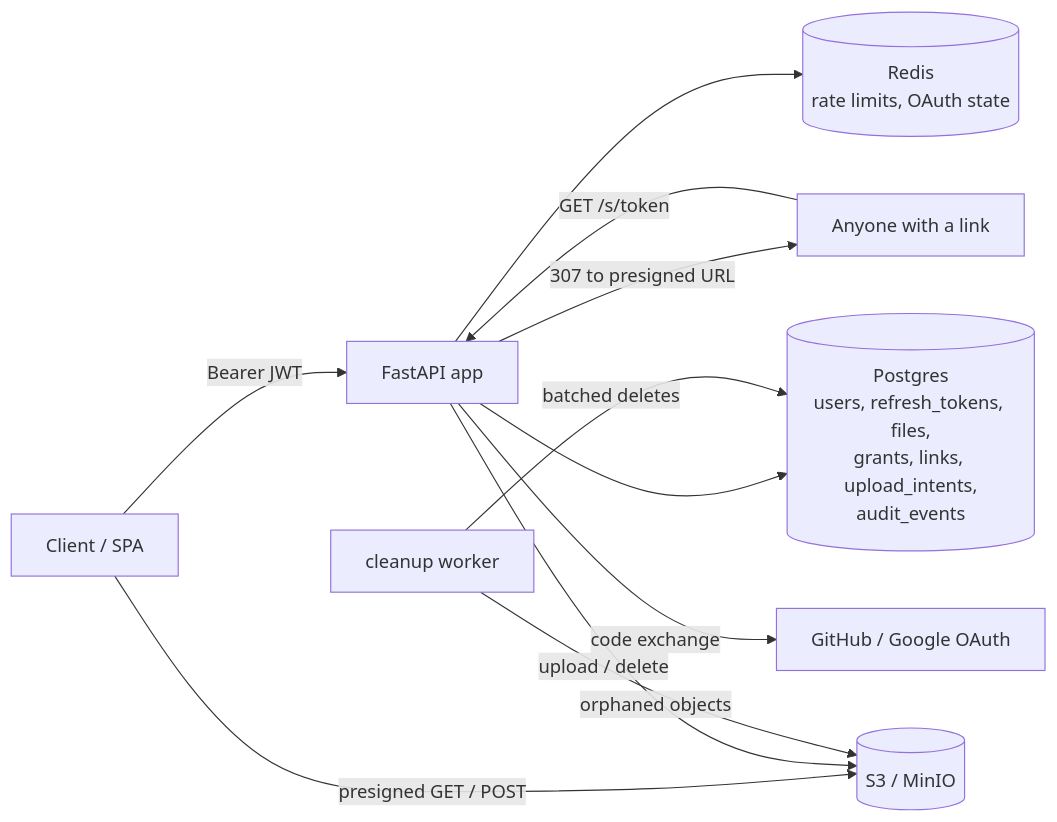
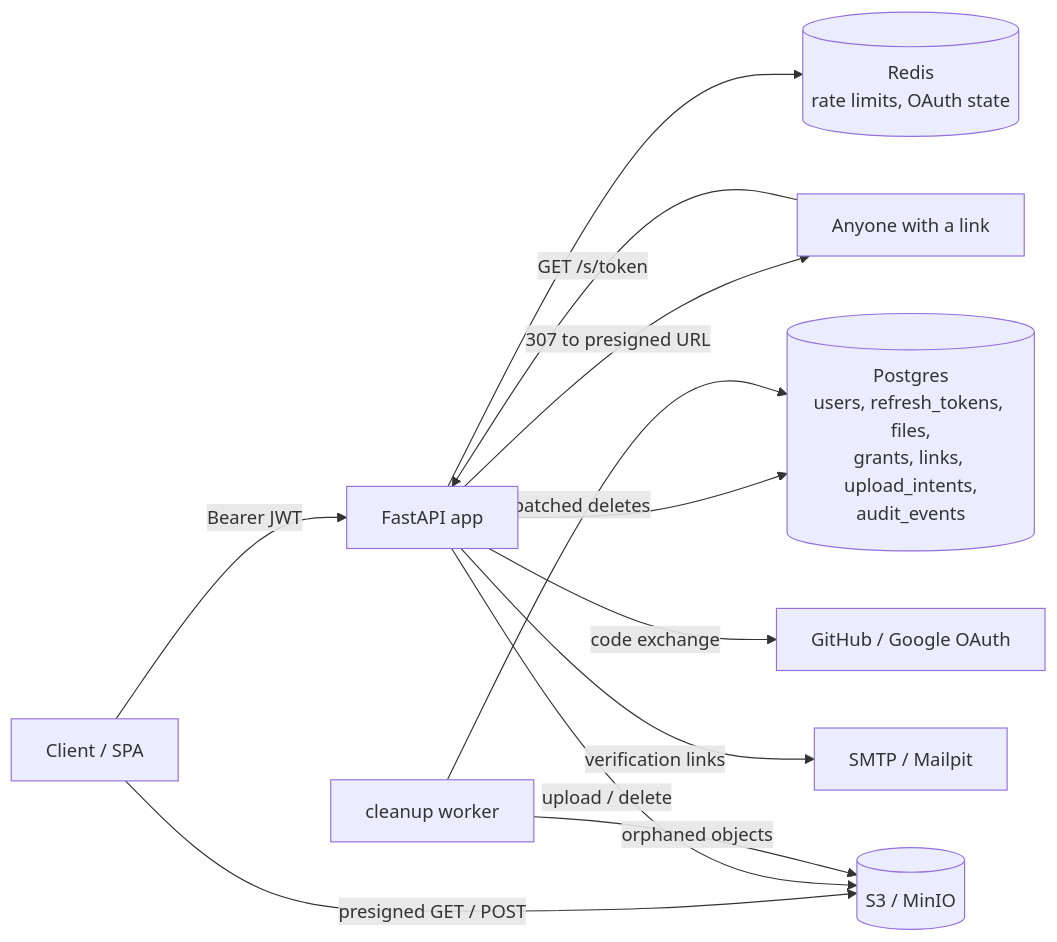
The first of 3 diagrams in README.md (mananbatraa/secure-auth-file-share), drawn with Mermaid before and after one commit. The commit also changed other lines of this file and 3 other files, not shown here.

First line of the commit message:
Document email verification, add Mailpit to compose, update PROGRESS handoff

````diff
--- a/README.md
+++ b/README.md
@@ -20,13 +21,14 @@
 ```mermaid
 flowchart LR
     C[Client / SPA] -->|Bearer JWT| API[FastAPI app]
     C -->|presigned GET / POST| S3[(S3 / MinIO)]
     B[Anyone with a link] -->|GET /s/token| API
     API -->|307 to presigned URL| B
     API --> PG[(Postgres<br/>users, refresh_tokens, files,<br/>grants, links, upload_intents,<br/>audit_events)]
     API --> R[(Redis<br/>rate limits, OAuth state)]
     API -->|upload / delete| S3
     API -->|code exchange| OP[GitHub / Google OAuth]
+    API -->|verification links| M[SMTP / Mailpit]
     W[cleanup worker] -->|batched deletes| PG
     W -->|orphaned objects| S3
 ```
````
